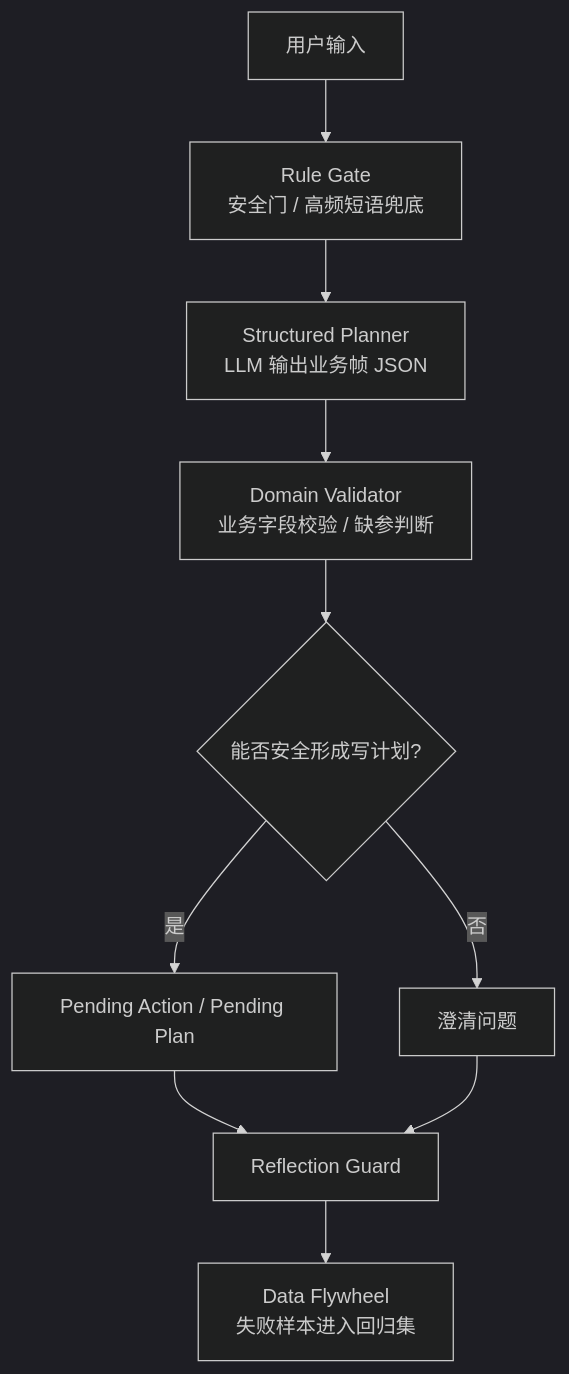
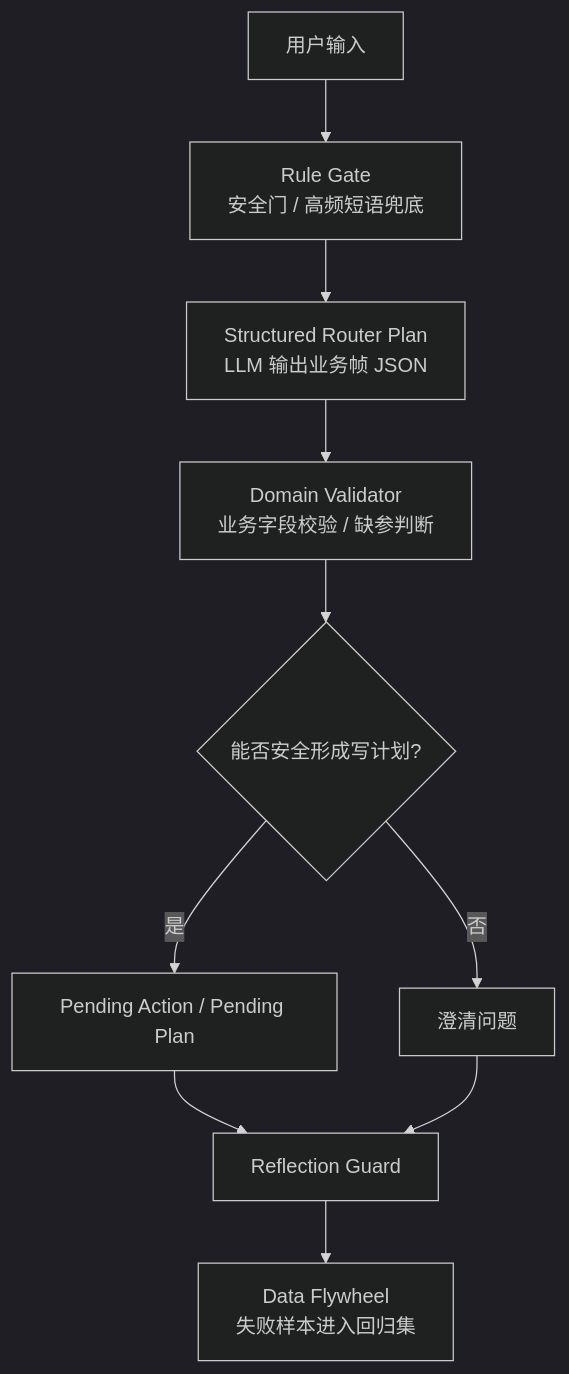
The fourth of 21 diagrams in docs/farm-manager-design-spec/01_正式设计/13_Agent范式规范化设计.md (ArtLjn/agriagent-os), drawn with Mermaid (dark theme) before and after one commit. The commit also changed other lines of this file and 36 other files, not shown here.

````diff
--- a/docs/farm-manager-design-spec/01_正式设计/13_Agent范式规范化设计.md
+++ b/docs/farm-manager-design-spec/01_正式设计/13_Agent范式规范化设计.md
@@ -126,12 +126,12 @@
 ```mermaid
 flowchart TD
     U["用户输入"] --> G["Rule Gate<br/>安全门 / 高频短语兜底"]
-    G --> P["Structured Planner<br/>LLM 输出业务帧 JSON"]
+    G --> P["Structured Router Plan<br/>LLM 输出业务帧 JSON"]
     P --> V["Domain Validator<br/>业务字段校验 / 缺参判断"]
     V --> C{"能否安全形成写计划?"}
     C -->|是| PA["Pending Action / Pending Plan"]
     C -->|否| Q["澄清问题"]
     PA --> R["Reflection Guard"]
     Q --> R
     R --> D["Data Flywheel<br/>失败样本进入回归集"]
 ```
````
